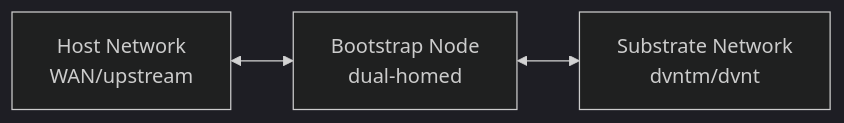
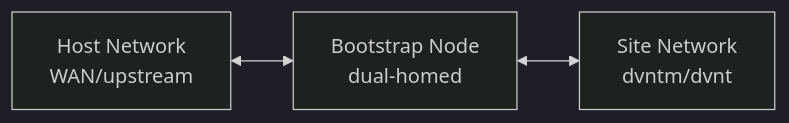
Before and after one commit to deevnet/deevnet-docs: the diagram in content/docs/platforms/management-plane/bootstrap-node/_index.md, drawn with Mermaid (dark theme). The commit also changed other lines of this file and 39 other files, not shown here.

```diff
--- a/content/docs/platforms/management-plane/bootstrap-node/_index.md
+++ b/content/docs/platforms/management-plane/bootstrap-node/_index.md
@@ -93,4 +93,4 @@
 {{< mermaid >}}
 graph LR
-    A[Host Network<br>WAN/upstream] <--> B[Bootstrap Node<br>dual-homed] <--> C[Substrate Network<br>dvntm/dvnt]
+    A[Host Network<br>WAN/upstream] <--> B[Bootstrap Node<br>dual-homed] <--> C[Site Network<br>dvntm/dvnt]
 {{< /mermaid >}}
```
